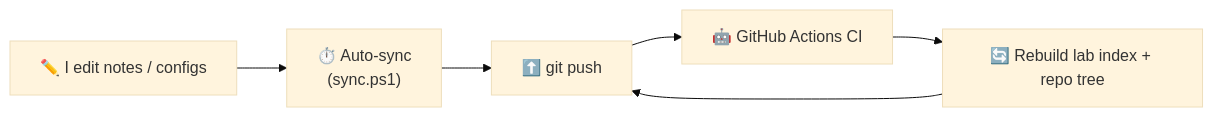
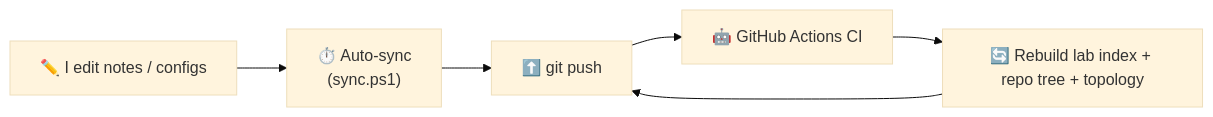
The diagram in README.md (Ahnafshariar/CCNP-ENCOR-Preparation), drawn with Mermaid (base theme) before and after one commit. The commit also changed other lines of this file and 18 other files, not shown here.

````diff
--- a/README.md
+++ b/README.md
@@ -171,8 +104,8 @@
 ```mermaid
 graph LR
     A["✏️ I edit notes / configs"] --> B["⏱️ Auto-sync<br/>(sync.ps1)"]
     B --> C["⬆️ git push"]
     C --> D["🤖 GitHub Actions CI"]
-    D --> F["🔄 Rebuild lab index + repo tree"]
+    D --> F["🔄 Rebuild lab index + repo tree + topology"]
     F --> C
 ```
````
